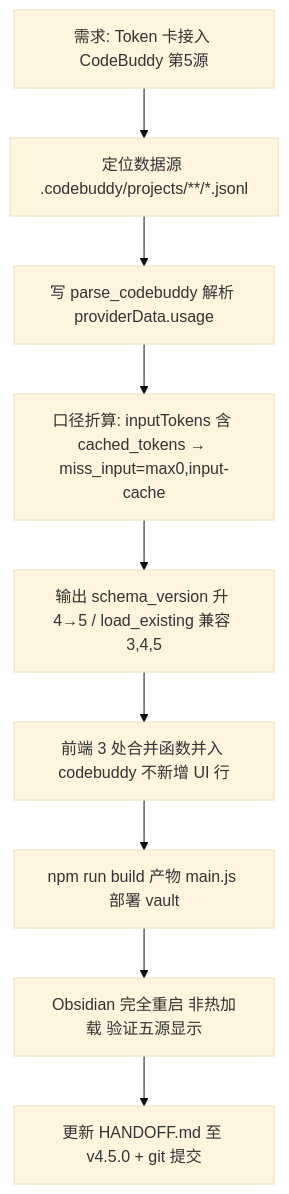
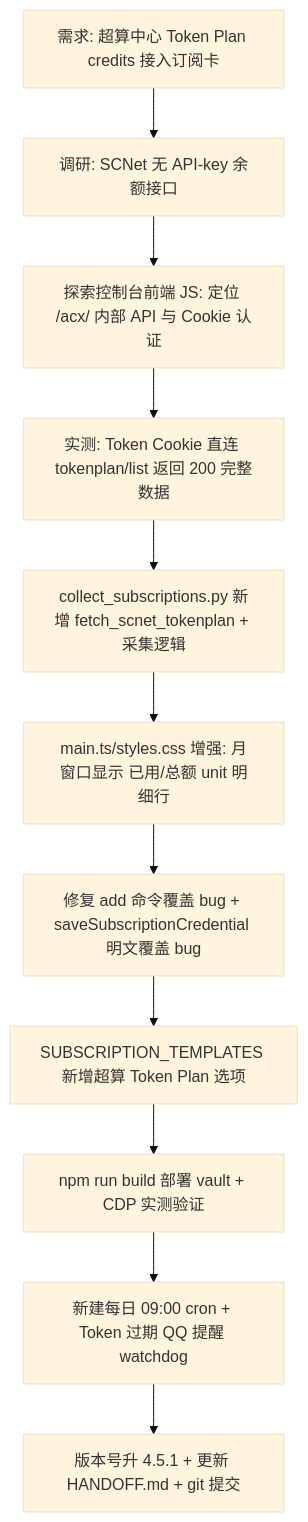
Before and after one commit to billikroetzlyr43-eng/obsidian-smart-dashboard: the diagram in HANDOFF.md, drawn with Mermaid (base theme). The commit also changed other lines of this file and 6 other files, not shown here.

Commit message:
v4.5.1: 订阅卡接入 SCNet Token Plan 额度 + 凭证加密修复 + 每日采集 cron

````diff
--- a/HANDOFF.md
+++ b/HANDOFF.md
@@ -13,11 +13,13 @@
 ```mermaid
 flowchart TD
-    A[需求: Token 卡接入 CodeBuddy 第5源] --> B[定位数据源 .codebuddy/projects/**/*.jsonl]
-    B --> C[写 parse_codebuddy 解析 providerData.usage]
-    C --> D[口径折算: inputTokens 含 cached_tokens → miss_input=max0,input-cache]
-    D --> E[输出 schema_version 升 4→5 / load_existing 兼容 3,4,5]
-    E --> F[前端 3 处合并函数并入 codebuddy 不新增 UI 行]
-    F --> G[npm run build 产物 main.js 部署 vault]
-    G --> H[Obsidian 完全重启 非热加载 验证五源显示]
-    H --> I[更新 HANDOFF.md 至 v4.5.0 + git 提交]
+    A[需求: 超算中心 Token Plan credits 接入订阅卡] --> B[调研: SCNet 无 API-key 余额接口]
+    B --> C[探索控制台前端 JS: 定位 /acx/ 内部 API 与 Cookie 认证]
+    C --> D[实测: Token Cookie 直连 tokenplan/list 返回 200 完整数据]
+    D --> E[collect_subscriptions.py 新增 fetch_scnet_tokenplan + 采集逻辑]
+    E --> F[main.ts/styles.css 增强: 月窗口显示 已用/总额 unit 明细行]
+    F --> G[修复 add 命令覆盖 bug + saveSubscriptionCredential 明文覆盖 bug]
+    G --> H[SUBSCRIPTION_TEMPLATES 新增超算 Token Plan 选项]
+    H --> I[npm run build 部署 vault + CDP 实测验证]
+    I --> J[新建每日 09:00 cron + Token 过期 QQ 提醒 watchdog]
+    J --> K[版本号升 4.5.1 + 更新 HANDOFF.md + git 提交]
 ```
````
